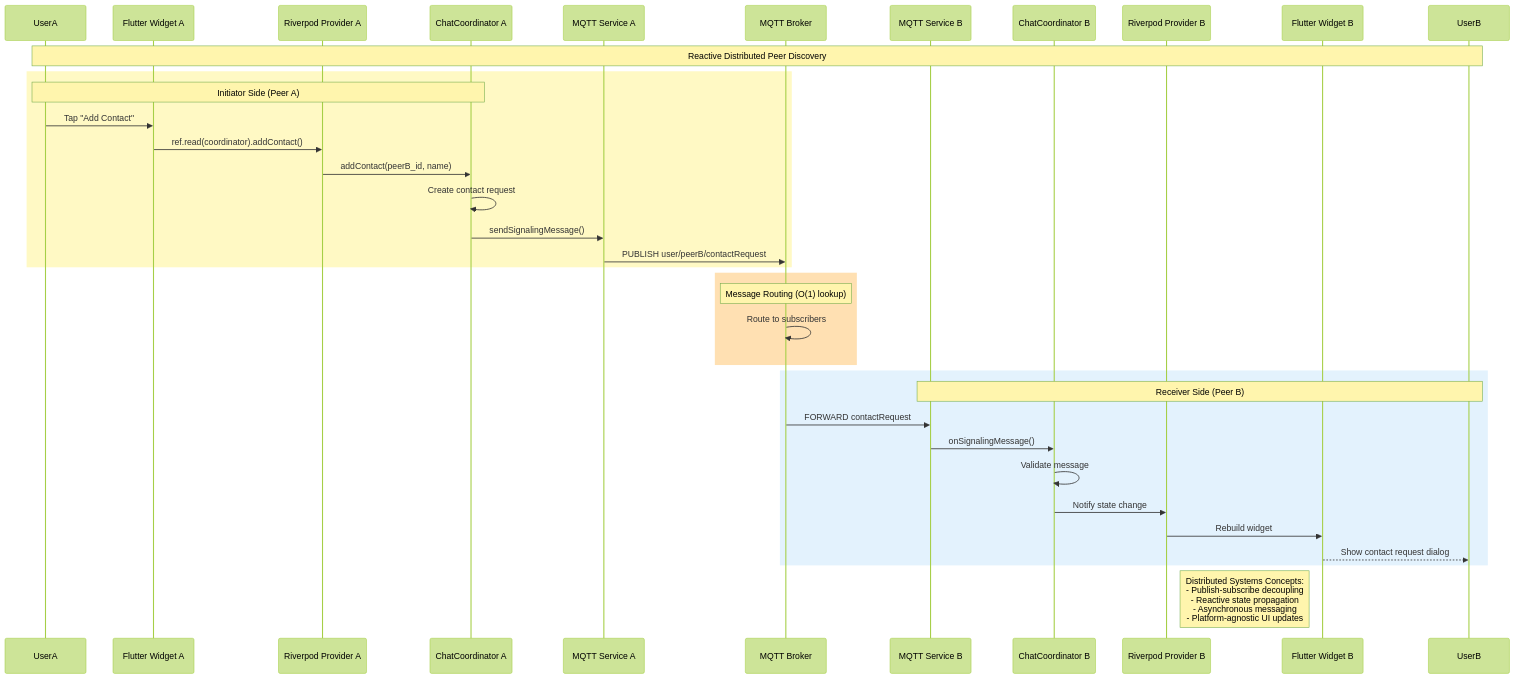
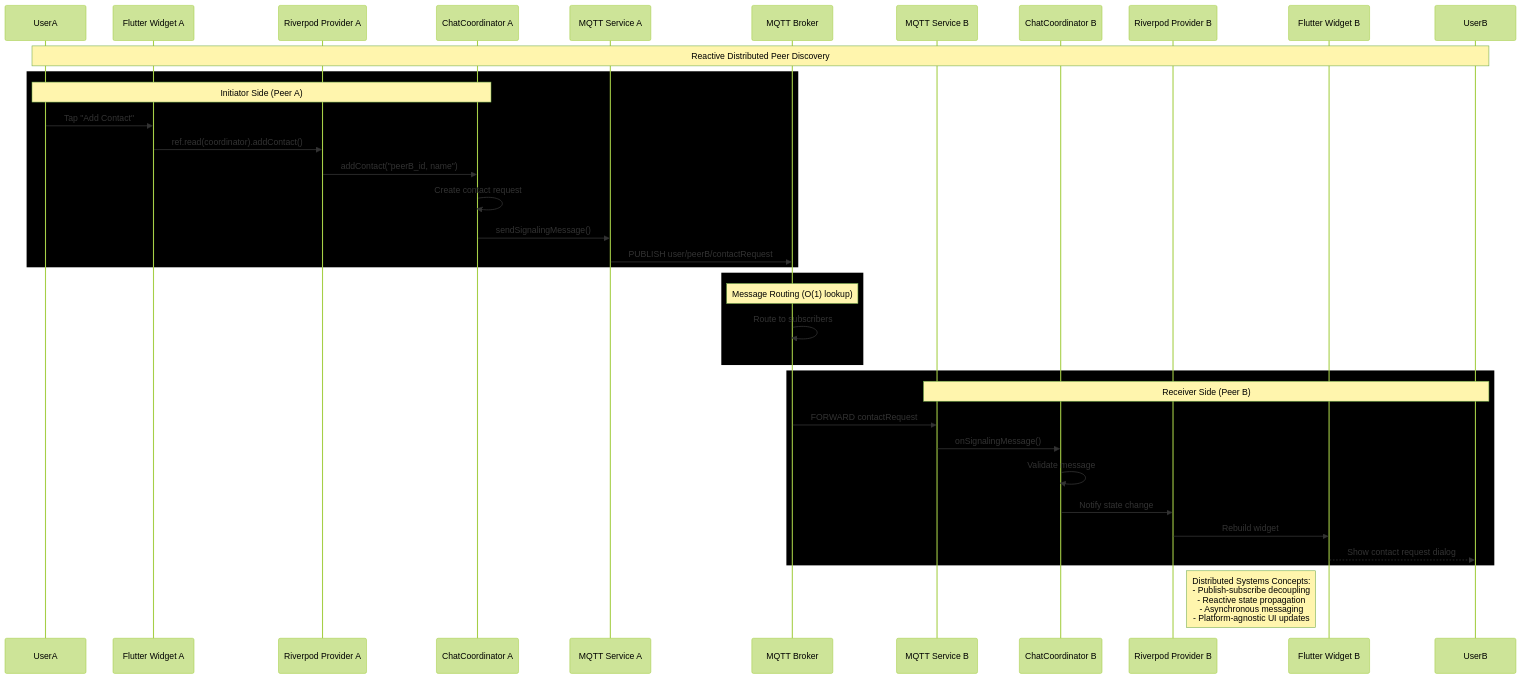
One commit to amr-kasem/distributed-systems-flutter-chat-peer changed the second of 8 diagrams in docs/sequence-diagrams.md. Above: the diagram before and after it, drawn with Mermaid (forest theme). The commit also changed other lines of this file and 7 other files, not shown here.

Commit message:
solved issues with diagrams

````diff
--- a/docs/sequence-diagrams.md
+++ b/docs/sequence-diagrams.md
@@ -75,43 +75,43 @@
 ```mermaid
 sequenceDiagram
     participant UserA
     participant WidgetA as Flutter Widget A
     participant ProviderA as Riverpod Provider A
     participant CoordA as ChatCoordinator A
     participant MQTT_A as MQTT Service A
     participant Broker as MQTT Broker
     participant MQTT_B as MQTT Service B
     participant CoordB as ChatCoordinator B
     participant ProviderB as Riverpod Provider B
     participant WidgetB as Flutter Widget B
     participant UserB
     
     Note over UserA,UserB: Reactive Distributed Peer Discovery
     
-    rect rgb(255, 249, 196)
+    rect rgb("255, 249, 196")
         Note over UserA,CoordA: Initiator Side (Peer A)
         UserA->>WidgetA: Tap "Add Contact"
         WidgetA->>ProviderA: ref.read(coordinator).addContact()
-        ProviderA->>CoordA: addContact(peerB_id, name)
+        ProviderA->>CoordA: addContact("peerB_id, name")
         CoordA->>CoordA: Create contact request
         CoordA->>MQTT_A: sendSignalingMessage()
         MQTT_A->>Broker: PUBLISH user/peerB/contactRequest
     end
     
-    rect rgb(255, 224, 178)
+    rect rgb("255, 224, 178")
         Note over Broker: Message Routing (O(1) lookup)
         Broker->>Broker: Route to subscribers
     end
     
-    rect rgb(227, 242, 253)
+    rect rgb("227, 242, 253")
         Note over MQTT_B,UserB: Receiver Side (Peer B)
         Broker->>MQTT_B: FORWARD contactRequest
         MQTT_B->>CoordB: onSignalingMessage()
         CoordB->>CoordB: Validate message
         CoordB->>ProviderB: Notify state change
         ProviderB->>WidgetB: Rebuild widget
         WidgetB-->>UserB: Show contact request dialog
     end
     
     Note right of ProviderB: Distributed Systems Concepts:<br/>- Publish-subscribe decoupling<br/>- Reactive state propagation<br/>- Asynchronous messaging<br/>- Platform-agnostic UI updates
 ```
````
